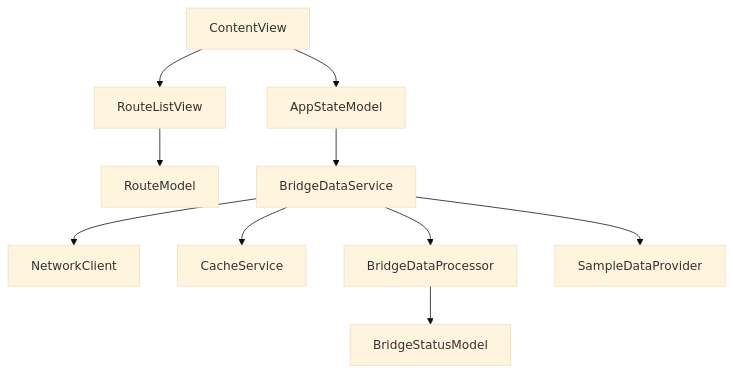
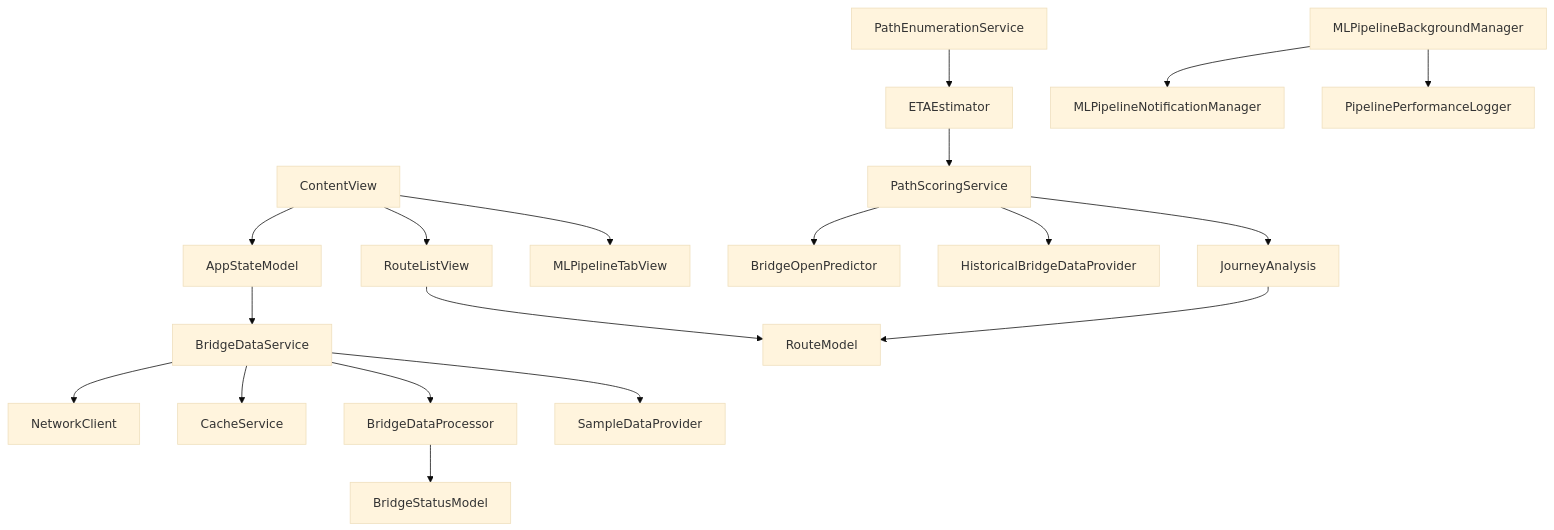
One commit to PeterJemley/Bridget-v2-beta changed the diagram in BridgetDocumentation.docc/ArchitectureOverview.md. Above: the diagram before and after it, drawn with Mermaid (base theme). The commit also changed other lines of this file and 4 other files, not shown here.

First line of the commit message:
docs: Update MultiPath system architecture and documentation

````diff
--- a/BridgetDocumentation.docc/ArchitectureOverview.md
+++ b/BridgetDocumentation.docc/ArchitectureOverview.md
@@ -68,12 +139,27 @@
 ```mermaid
 graph TD
     A[ContentView] --> B[AppStateModel]
     A --> C[RouteListView]
-    C --> D[RouteModel]
-    B --> E[BridgeDataService]
-    E --> F[NetworkClient]
-    E --> G[CacheService]
-    E --> H[BridgeDataProcessor]
-    E --> I[SampleDataProvider]
-    H --> J[BridgeStatusModel]
+    A --> D[MLPipelineTabView]
+    C --> E[RouteModel]
+    B --> F[BridgeDataService]
+    F --> G[NetworkClient]
+    F --> H[CacheService]
+    F --> I[BridgeDataProcessor]
+    F --> J[SampleDataProvider]
+    
+    %% MultiPath System
+    K[PathEnumerationService] --> L[ETAEstimator]
+    L --> M[PathScoringService]
+    M --> N[BridgeOpenPredictor]
+    M --> O[HistoricalBridgeDataProvider]
+    
+    %% Background Tasks
+    P[MLPipelineBackgroundManager] --> Q[MLPipelineNotificationManager]
+    P --> R[PipelinePerformanceLogger]
+    
+    %% Data Flow
+    I --> S[BridgeStatusModel]
+    M --> T[JourneyAnalysis]
+    T --> E
 ```
````
